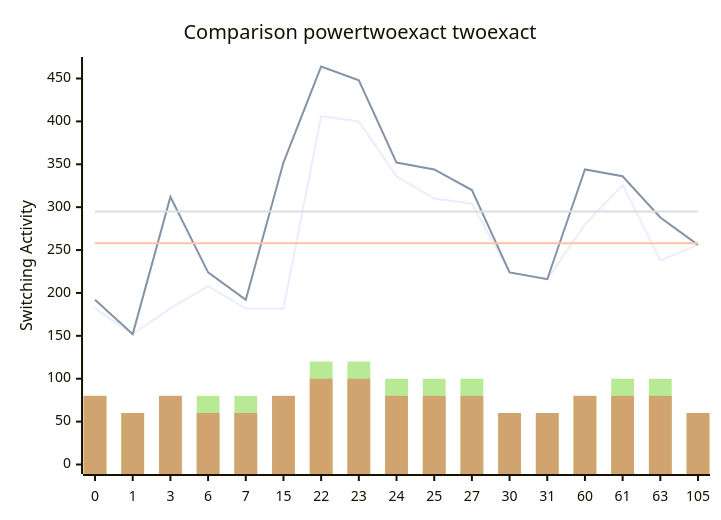
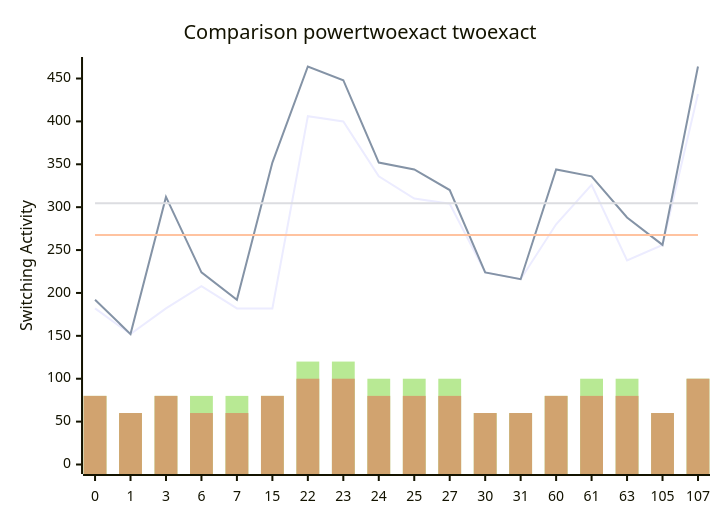
Before and after one commit to FeldmeierMichael/Exact-Power-Synthesis: the diagram in benchmark_opt.md, drawn with Mermaid. The commit also changed other lines of this file, not shown here.

````diff
--- a/benchmark_opt.md
+++ b/benchmark_opt.md
@@ -39,12 +41,12 @@
 ```mermaid
 xychart-beta
     title "Comparison powertwoexact twoexact"
-    x-axis [0, 1, 3, 6, 7, 15, 22, 23, 24, 25, 27, 30, 31, 60, 61, 63, 105]
+    x-axis [0, 1, 3, 6, 7, 15, 22, 23, 24, 25, 27, 30, 31, 60, 61, 63, 105, 107]
     y-axis "Switching Activity" 0-->464
-    line [182, 152, 182, 208, 182, 182, 406, 400, 336, 310, 304, 224, 216, 280, 326, 238, 256]
-    line [192, 152, 312, 224, 192, 352, 464, 448, 352, 344, 320, 224, 216, 344, 336, 288, 256]
-    line [257.88235294117646, 257.88235294117646, 257.88235294117646, 257.88235294117646, 257.88235294117646, 257.88235294117646, 257.88235294117646, 257.88235294117646, 257.88235294117646, 257.88235294117646, 257.88235294117646, 257.88235294117646, 257.88235294117646, 257.88235294117646, 257.88235294117646, 257.88235294117646, 257.88235294117646]
-    line [295.05882352941177, 295.05882352941177, 295.05882352941177, 295.05882352941177, 295.05882352941177, 295.05882352941177, 295.05882352941177, 295.05882352941177, 295.05882352941177, 295.05882352941177, 295.05882352941177, 295.05882352941177, 295.05882352941177, 295.05882352941177, 295.05882352941177, 295.05882352941177, 295.05882352941177]
-    bar [80, 60, 80, 80, 80, 80, 120, 120, 100, 100, 100, 60, 60, 80, 100, 100, 60]
-    bar [80, 60, 80, 60, 60, 80, 100, 100, 80, 80, 80, 60, 60, 80, 80, 80, 60]
+    line [182, 152, 182, 208, 182, 182, 406, 400, 336, 310, 304, 224, 216, 280, 326, 238, 256, 432]
+    line [192, 152, 312, 224, 192, 352, 464, 448, 352, 344, 320, 224, 216, 344, 336, 288, 256, 464]
+    line [267.55555555555554, 267.55555555555554, 267.55555555555554, 267.55555555555554, 267.55555555555554, 267.55555555555554, 267.55555555555554, 267.55555555555554, 267.55555555555554, 267.55555555555554, 267.55555555555554, 267.55555555555554, 267.55555555555554, 267.55555555555554, 267.55555555555554, 267.55555555555554, 267.55555555555554, 267.55555555555554]
+    line [304.44444444444446, 304.44444444444446, 304.44444444444446, 304.44444444444446, 304.44444444444446, 304.44444444444446, 304.44444444444446, 304.44444444444446, 304.44444444444446, 304.44444444444446, 304.44444444444446, 304.44444444444446, 304.44444444444446, 304.44444444444446, 304.44444444444446, 304.44444444444446, 304.44444444444446, 304.44444444444446]
+    bar [80, 60, 80, 80, 80, 80, 120, 120, 100, 100, 100, 60, 60, 80, 100, 100, 60, 100]
+    bar [80, 60, 80, 60, 60, 80, 100, 100, 80, 80, 80, 60, 60, 80, 80, 80, 60, 100]
 ```
````
